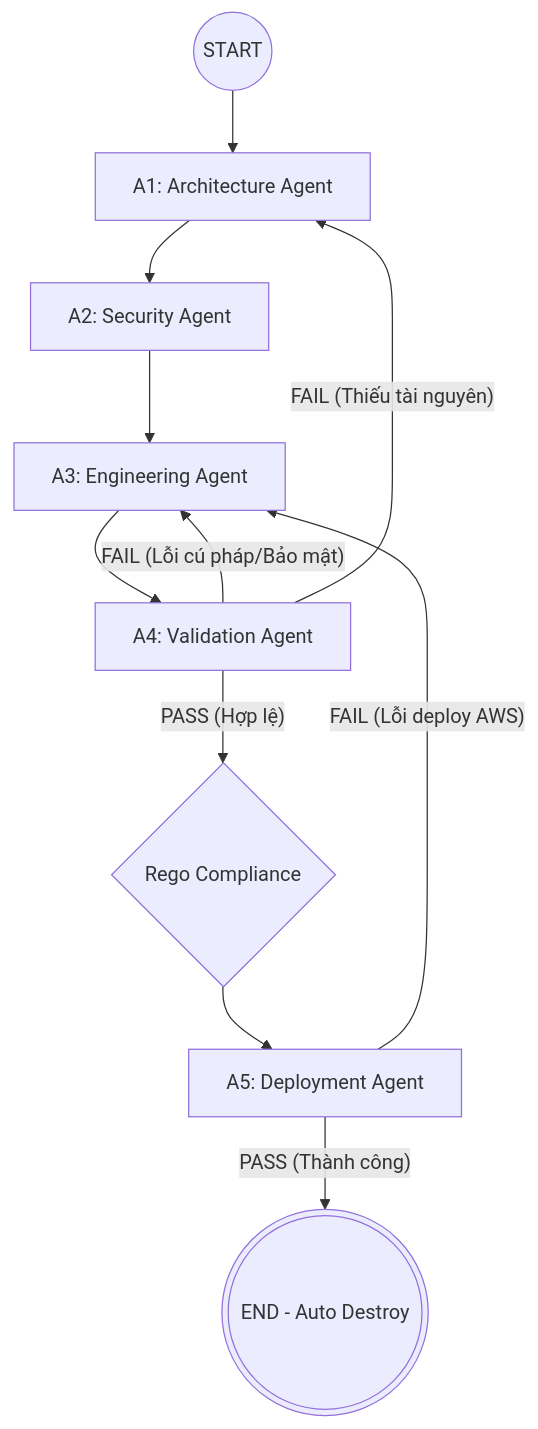
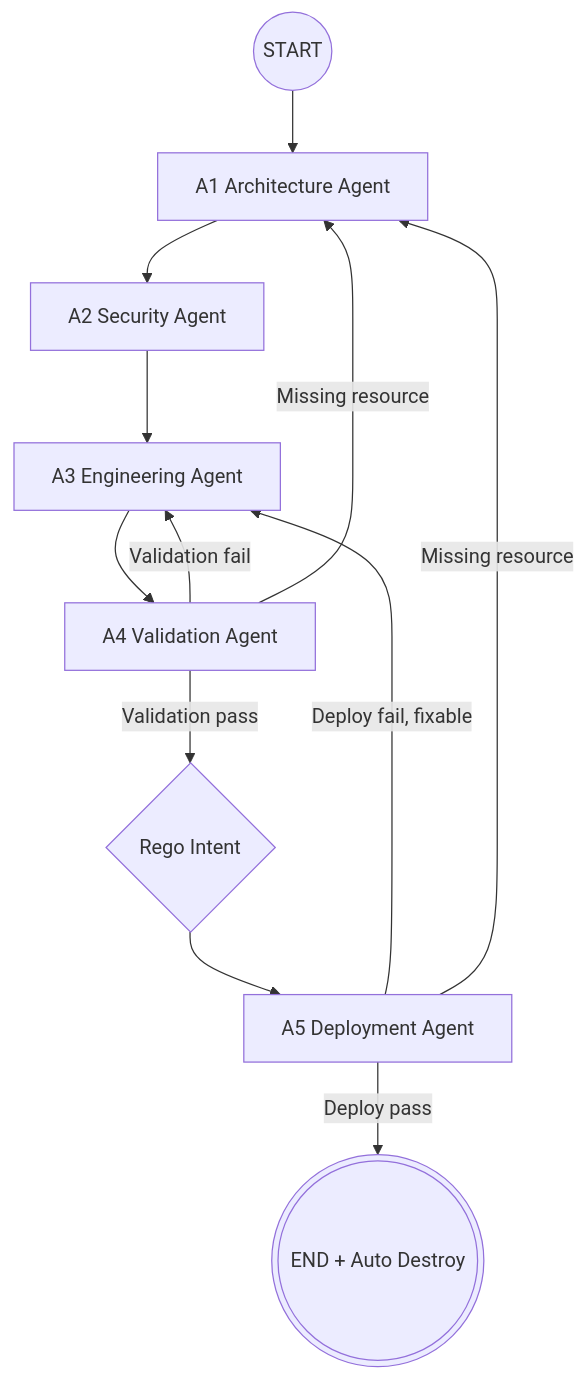
The diagram in system_evaluation_report.md (PhanManhTan/multi-agent-secure-deployable-aws-terraform-generation), drawn with Mermaid before and after one commit. The commit also changed other lines of this file, not shown here.

````diff
--- a/system_evaluation_report.md
+++ b/system_evaluation_report.md
@@ -14,15 +44,16 @@
 ```mermaid
 graph TD
-    START((START)) --> A1[A1: Architecture Agent]
-    A1 --> A2[A2: Security Agent]
-    A2 --> A3[A3: Engineering Agent]
-    A3 --> A4[A4: Validation Agent]
-    
-    A4 -- "FAIL (Lỗi cú pháp/Bảo mật)" --> A3
-    A4 -- "FAIL (Thiếu tài nguyên)" --> A1
-    A4 -- "PASS (Hợp lệ)" --> Rego{Rego Compliance}
-    
-    Rego --> A5[A5: Deployment Agent]
-    A5 -- "FAIL (Lỗi deploy AWS)" --> A3
-    A5 -- "PASS (Thành công)" --> END(((END - Auto Destroy)))
+    START((START)) --> A1[A1 Architecture Agent]
+    A1 --> A2[A2 Security Agent]
+    A2 --> A3[A3 Engineering Agent]
+    A3 --> A4[A4 Validation Agent]
+
+    A4 -- "Validation fail" --> A3
+    A4 -- "Missing resource" --> A1
+    A4 -- "Validation pass" --> Rego{Rego Intent}
+
+    Rego --> A5[A5 Deployment Agent]
+    A5 -- "Deploy fail, fixable" --> A3
+    A5 -- "Missing resource" --> A1
+    A5 -- "Deploy pass" --> END(((END + Auto Destroy)))
 ```
````
